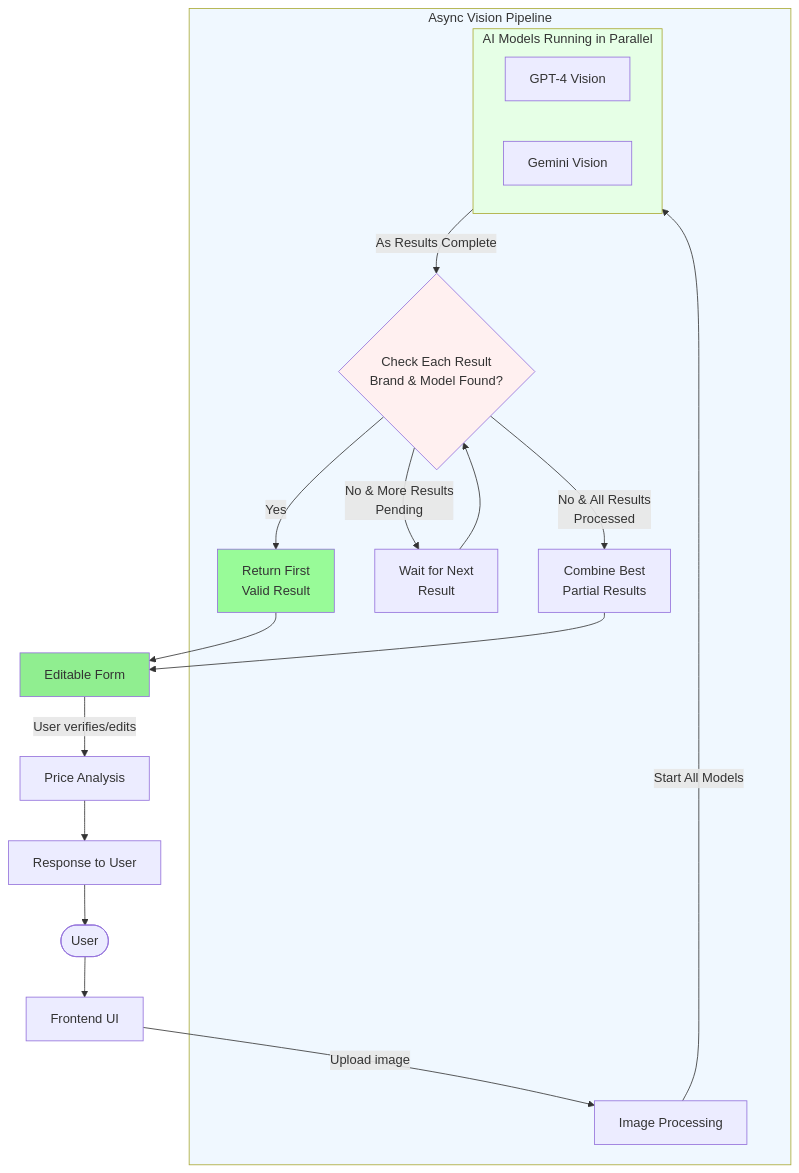
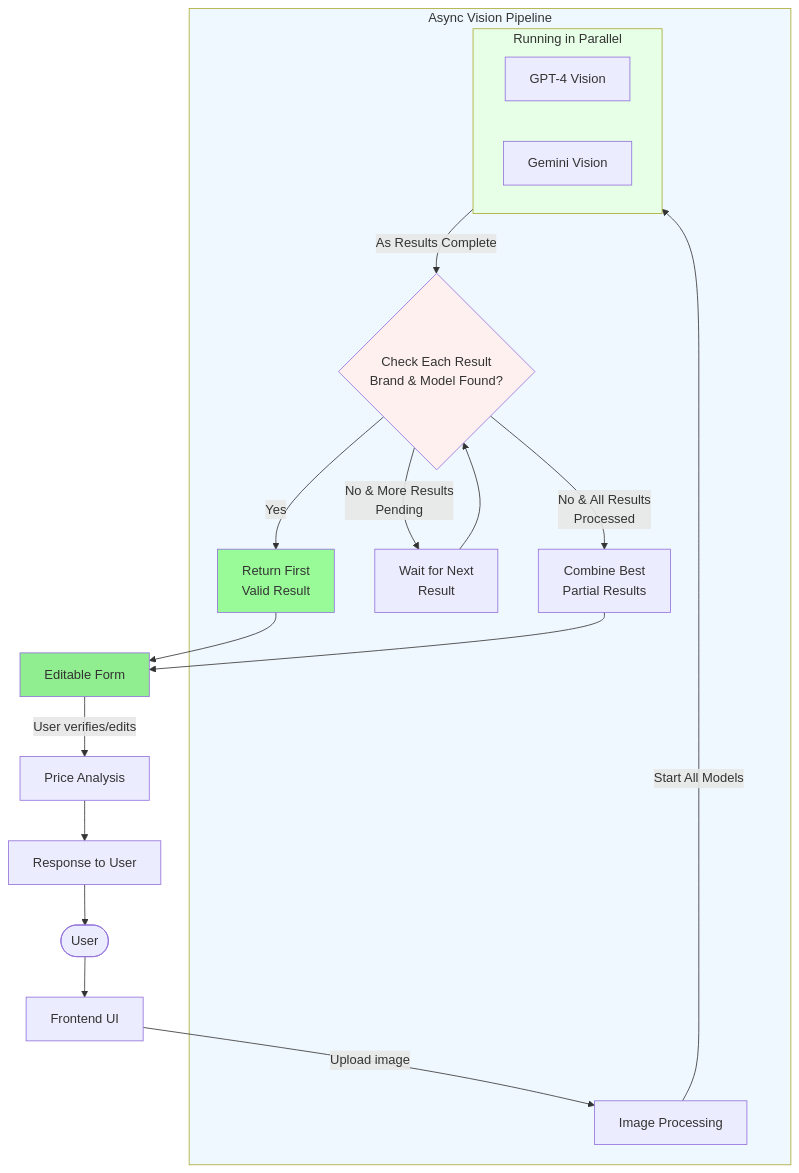
Before and after one commit to team-alya/kaluste-backend: the diagram in README.md, drawn with Mermaid. The commit also changed 25 other files, not shown here.

````diff
--- a/README.md
+++ b/README.md
@@ -228,36 +228,36 @@
 ```mermaid
 flowchart TD
     User([User]) --> FrontendUI[Frontend UI]
     FrontendUI -->|Upload image| ImageProcess[Image Processing]
-    
+
     subgraph AsyncPipeline[Async Vision Pipeline]
         ImageProcess --> |Start All Models| AsyncModels[Async Vision Models]
-        
-        subgraph AsyncModels[AI Models Running in Parallel]
+
+        subgraph AsyncModels[Running in Parallel]
             direction LR
             GPT4[GPT-4 Vision]
             Gemini[Gemini Vision]
         end
-        
+
         AsyncModels --> |As Results Complete| ResultCheck{Check Each Result<br>Brand & Model Found?}
-        
+
         ResultCheck -->|Yes| StopAndUse[Return First<br>Valid Result]
         ResultCheck -->|No & More Results<br>Pending| WaitNext[Wait for Next<br>Result]
         WaitNext --> ResultCheck
-        
+
         ResultCheck -->|No & All Results<br>Processed| CombineResults[Combine Best<br>Partial Results]
     end
-    
+
     StopAndUse --> EditableForm[Editable Form]
     CombineResults --> EditableForm
-    
+
     EditableForm -->|User verifies/edits| PriceAnalysis[Price Analysis]
     PriceAnalysis --> ResponseUI[Response to User]
     ResponseUI --> User
 
     style AsyncPipeline fill:#f0f8ff
     style AsyncModels fill:#e6ffe6
     style ResultCheck fill:#fff0f0
     style EditableForm fill:#90EE90
     style StopAndUse fill:#98FB98
 ```
````
